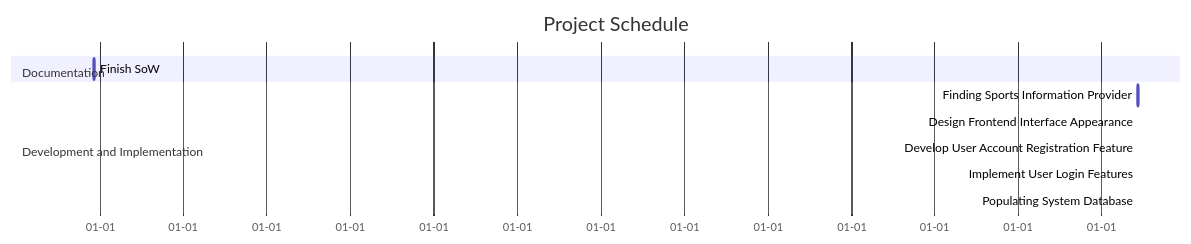
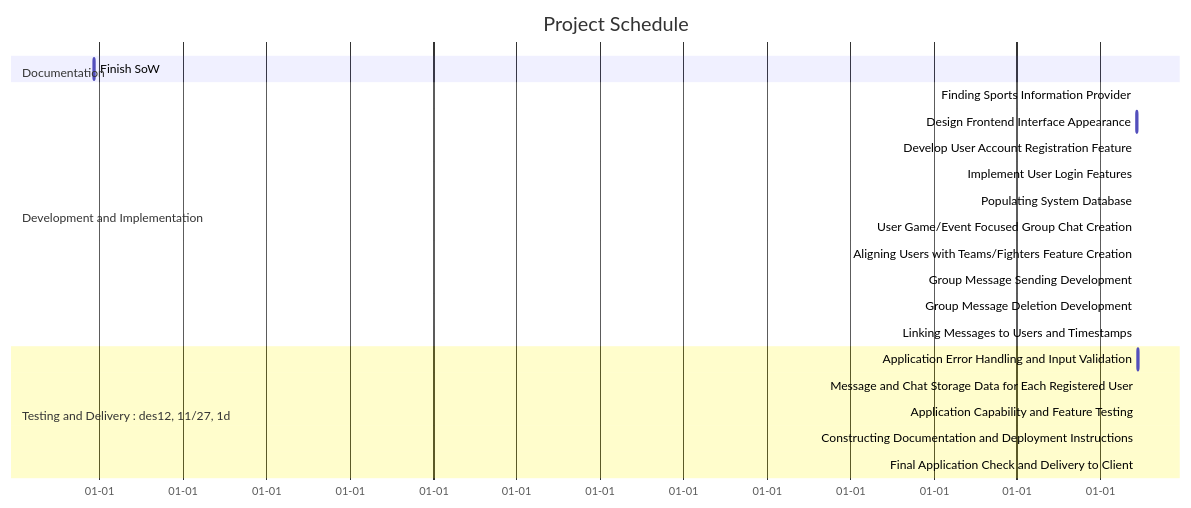
The diagram in StatementOfWork.md (hamiltons15/teamProj-f26-docs), drawn with Mermaid before and after one commit. The commit also changed other lines of this file, not shown here.

Commit message:
Formatting and Gantt Chart Update to StatementOfWork.md

````diff
--- a/StatementOfWork.md
+++ b/StatementOfWork.md
@@ -112,16 +138,28 @@
 ```mermaid
 gantt
     title Project Schedule
     dateFormat MM/DD
     axisFormat %m-%d
 
     section Documentation
-    Finish SoW : des1, 11/9, 7d
+    Finish SoW : active, des1, 11/9, 7d
 
     section Development and Implementation
     Finding Sports Information Provider : des2, 11/17, 1d
     Design Frontend Interface Appearance : des3, 11/18, 1d
     Develop User Account Registration Feature : des4, 11/19, 1d
     Implement User Login Features : des5, 11/20, 1d
     Populating System Database : des6, 11/21, 1d
+    User Game/Event Focused Group Chat Creation : des7, 11/22, 1d
+    Aligning Users with Teams/Fighters Feature Creation : des8, 11/23, 1d
+    Group Message Sending Development : des9, 11/24, 1d
+    Group Message Deletion Development : des10, 11/25, 1d
+    Linking Messages to Users and Timestamps : des1, 11/26, 1d
+
+    section Testing and Delivery : des12, 11/27, 1d
+    Application Error Handling and Input Validation : des13, 11/28, 1d
+    Message and Chat Storage Data for Each Registered User : des14, 11/29, 1d
+    Application Capability and Feature Testing : des15, 11/30, 1d
+    Constructing Documentation and Deployment Instructions : des16, 12/01, 1d
+    Final Application Check and Delivery to Client : des16, 12/02, 1d
 ```
````
